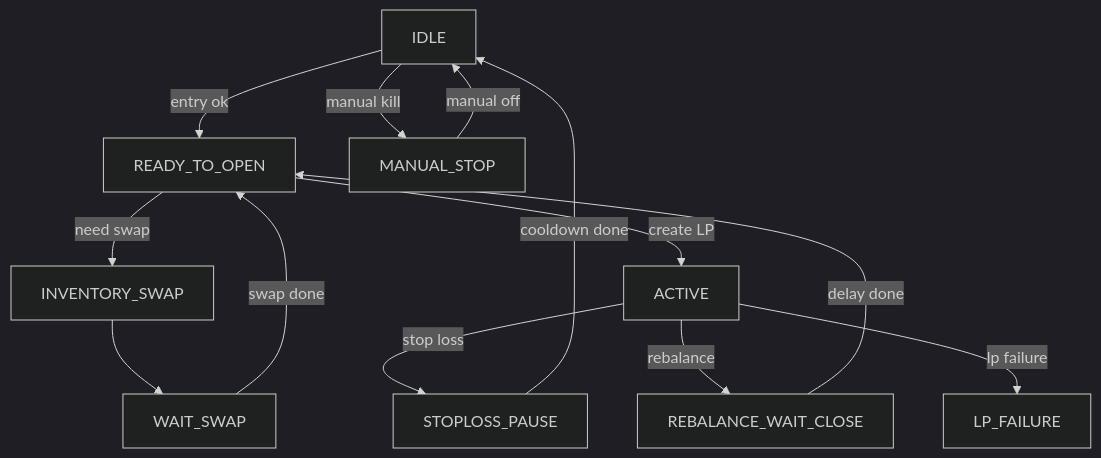
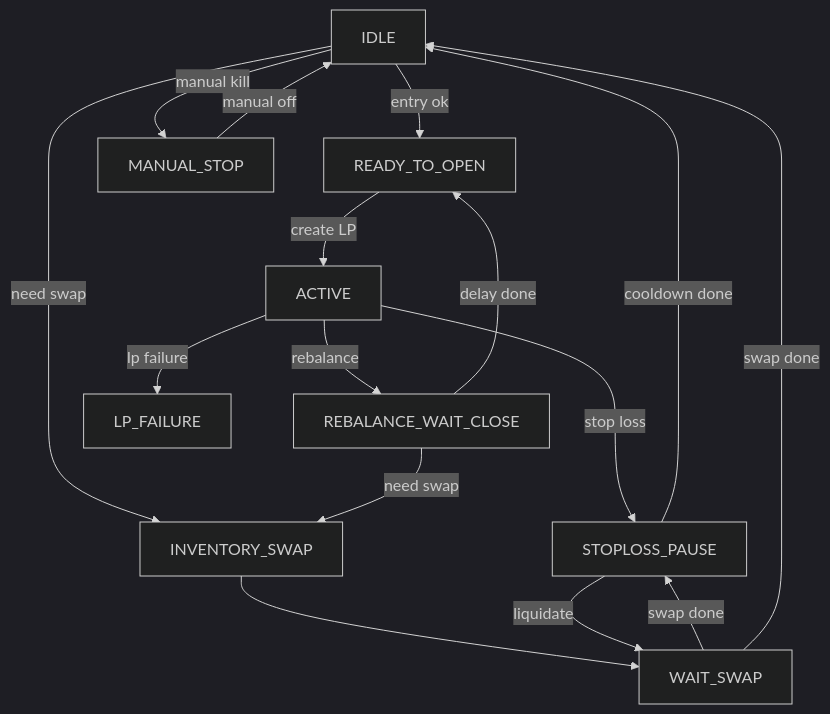
Before and after one commit to AnalyThothAI/hummingbot-api: the diagram in docs/clmm_lp_design.md, drawn with Mermaid (dark theme). The commit also changed other lines of this file and 12 other files, not shown here.

````diff
--- a/docs/clmm_lp_design.md
+++ b/docs/clmm_lp_design.md
@@ -143,15 +145,18 @@
 ```mermaid
 flowchart TD
   A[IDLE] -->|entry ok| B[READY_TO_OPEN]
-  B -->|need swap| C[INVENTORY_SWAP]
-  C --> D[WAIT_SWAP]
-  D -->|swap done| B
+  A -->|need swap| C[INVENTORY_SWAP]
   B -->|create LP| E[ACTIVE]
   E -->|stop loss| F[STOPLOSS_PAUSE]
   E -->|rebalance| G[REBALANCE_WAIT_CLOSE]
   G -->|delay done| B
+  G -->|need swap| C
+  C --> D[WAIT_SWAP]
+  F -->|liquidate| D[WAIT_SWAP]
+  D -->|swap done| F
+  D -->|swap done| A
   F -->|cooldown done| A
   A -->|manual kill| H[MANUAL_STOP]
   H -->|manual off| A
   E -->|lp failure| I[LP_FAILURE]
 ```
````
